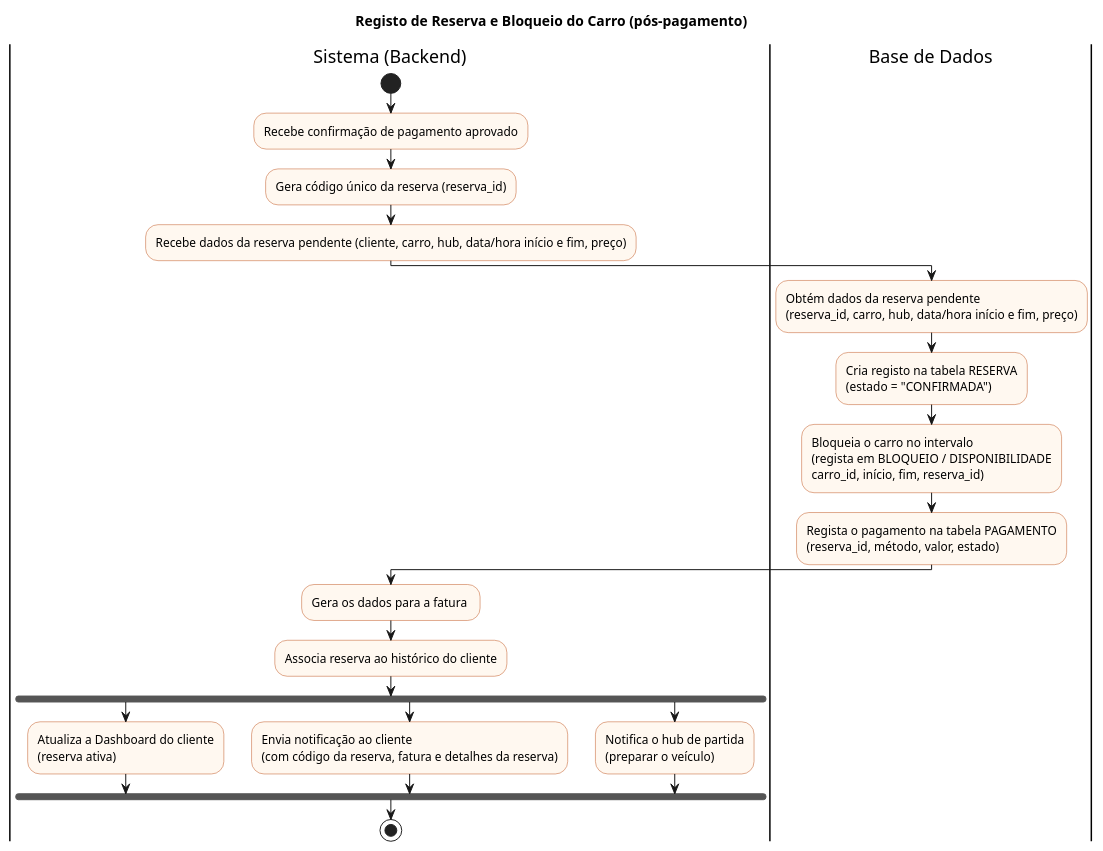
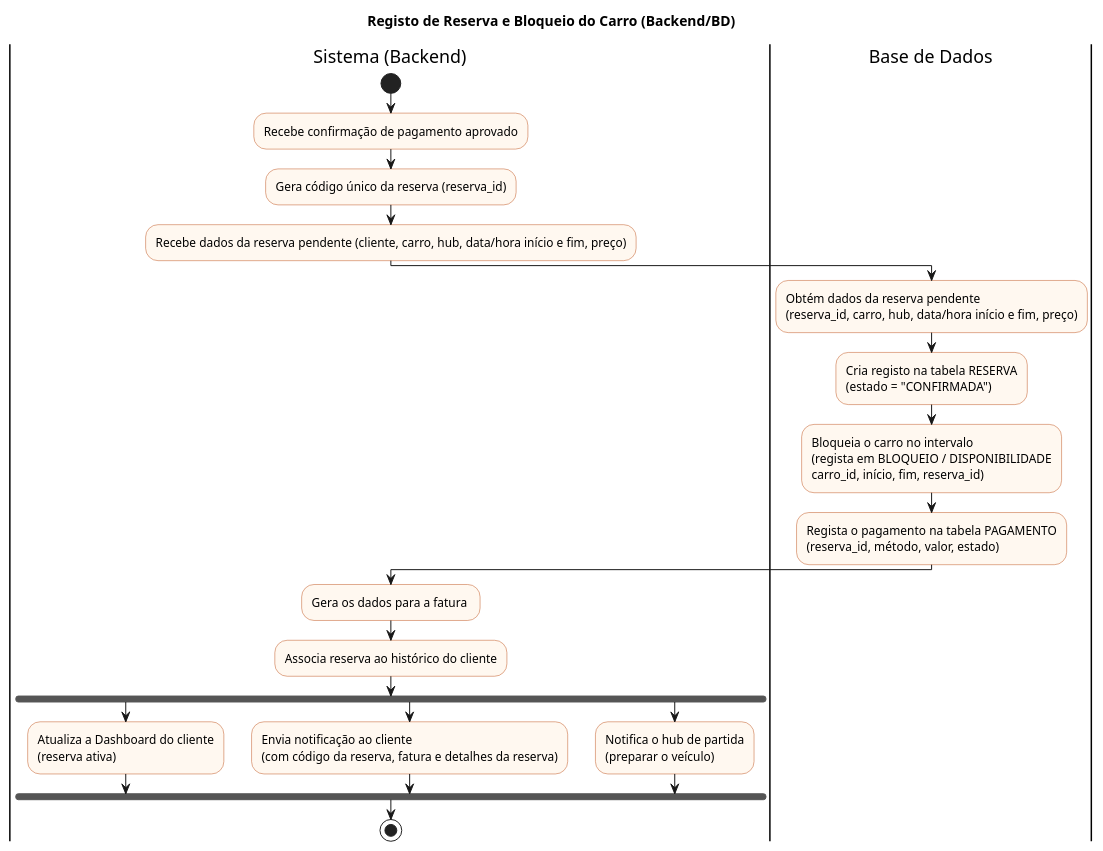
The diagram in doc/registo_reserva_carro.puml (MATPERDU94/DriveNow), drawn with PlantUML before and after one commit. The commit also changed 1 other file, not shown here.

```diff
--- a/doc/registo_reserva_carro.puml
+++ b/doc/registo_reserva_carro.puml
@@ -1,38 +1,38 @@
 @startuml
-title Registo de Reserva e Bloqueio do Carro (pós-pagamento)
+title Registo de Reserva e Bloqueio do Carro (Backend/BD)
 
 skinparam shadowing false
 skinparam defaultFontName Arial
 skinparam activity {
   BackgroundColor #FFF8F0
   BorderColor #C05621
 }
 
 |Sistema (Backend)|
 start
 :Recebe confirmação de pagamento aprovado;
 :Gera código único da reserva (reserva_id);
 :Recebe dados da reserva pendente (cliente, carro, hub, data/hora início e fim, preço);
 
 |Base de Dados|
 :Obtém dados da reserva pendente\n(reserva_id, carro, hub, data/hora início e fim, preço);
 :Cria registo na tabela RESERVA\n(estado = "CONFIRMADA");
 :Bloqueia o carro no intervalo\n(regista em BLOQUEIO / DISPONIBILIDADE\ncarro_id, início, fim, reserva_id);
 :Regista o pagamento na tabela PAGAMENTO\n(reserva_id, método, valor, estado);
 
 |Sistema (Backend)|
 :Gera os dados para a fatura ;
 :Associa reserva ao histórico do cliente;
 
 fork 
   :Atualiza a Dashboard do cliente\n(reserva ativa);
 fork again
   :Envia notificação ao cliente\n(com código da reserva, fatura e detalhes da reserva);
 fork again
   :Notifica o hub de partida\n(preparar o veículo);
 end fork
 
 
 stop
 
 @enduml
```
